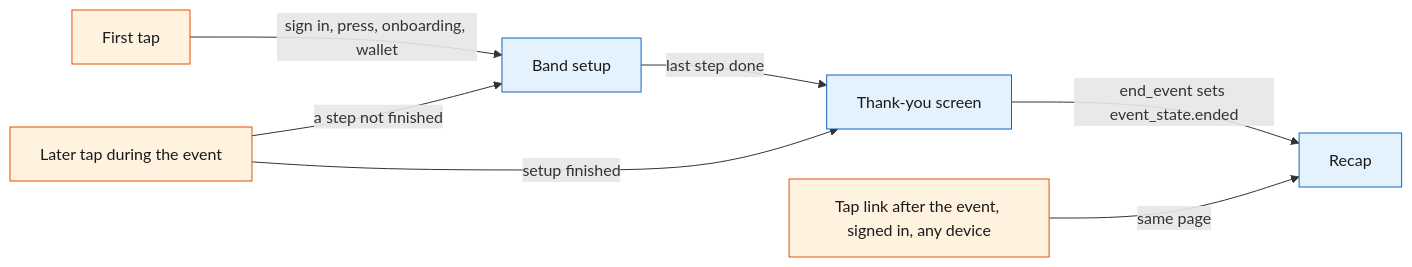
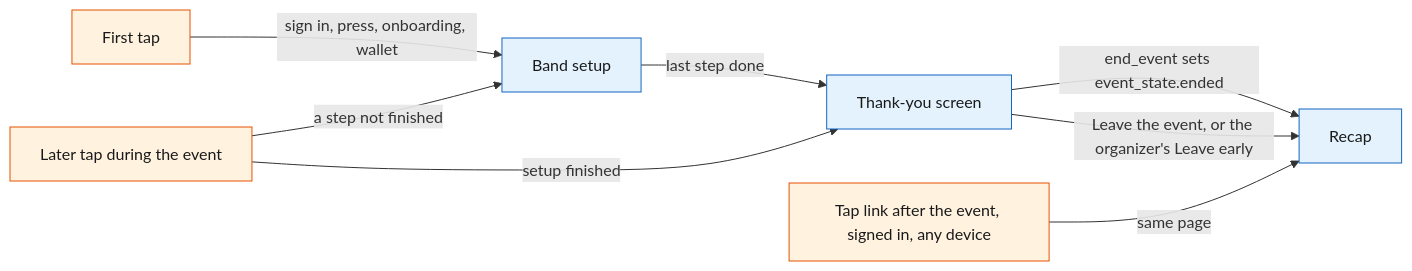
Before and after one commit to viktorinkov/cal-hacks-13: the third of 4 diagrams in System Design/5-apps/Tap-Page.md, drawn with Mermaid. The commit also changed other lines of this file and 4 other files, not shown here.

Commit message:
System Design: attendees leave early and get their recap and merch

````diff
--- a/System Design/5-apps/Tap-Page.md
+++ b/System Design/5-apps/Tap-Page.md
@@ -227,13 +227,14 @@
 ```mermaid
 flowchart LR
     First["First tap"] -->|"sign in, press, onboarding, wallet"| Setup["Band setup"]
     Setup -->|"last step done"| Thanks["Thank-you screen"]
     Later["Later tap during the event"] -->|"setup finished"| Thanks
     Later -->|"a step not finished"| Setup
     Thanks -->|"end_event sets event_state.ended"| Recap["Recap"]
+    Thanks -->|"Leave the event, or the organizer's Leave early"| Recap
     After["Tap link after the event, signed in, any device"] -->|"same page"| Recap
     classDef web fill:#E3F2FD,stroke:#1565C0,color:#1A1A1A
     classDef device fill:#FFF3E0,stroke:#E65100,color:#1A1A1A
     class Setup,Thanks,Recap web
     class First,Later,After device
 ```
````
